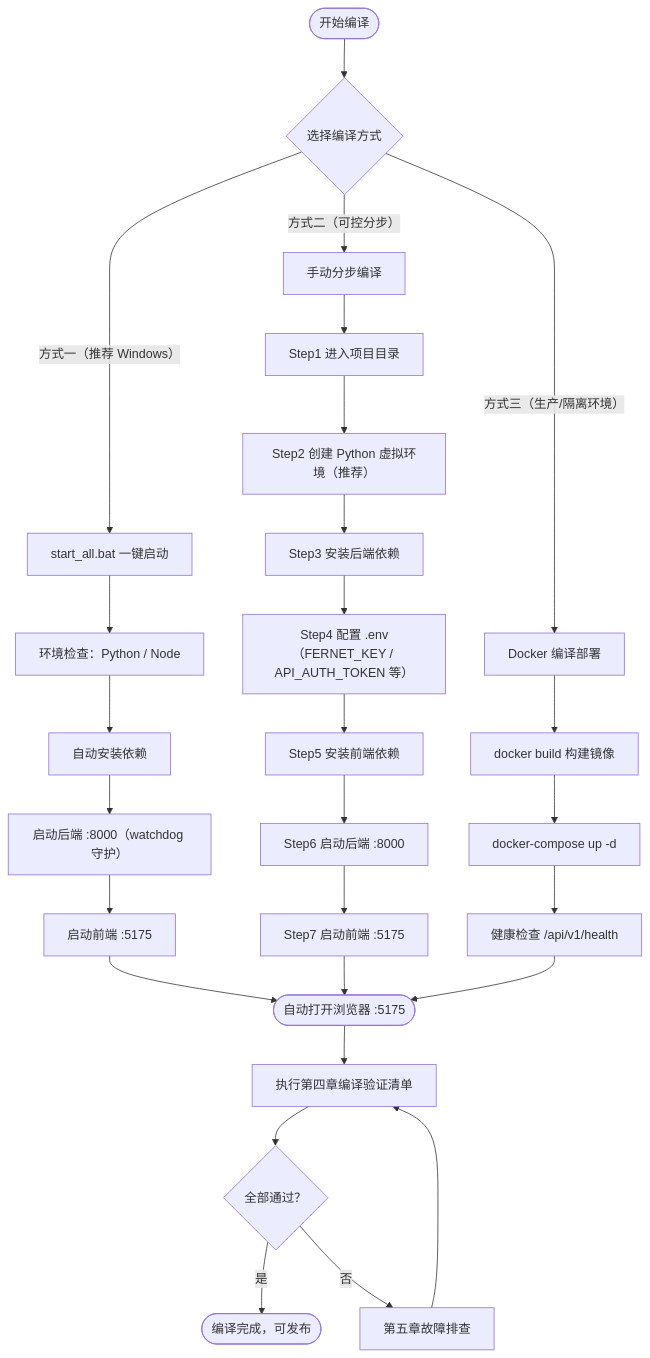
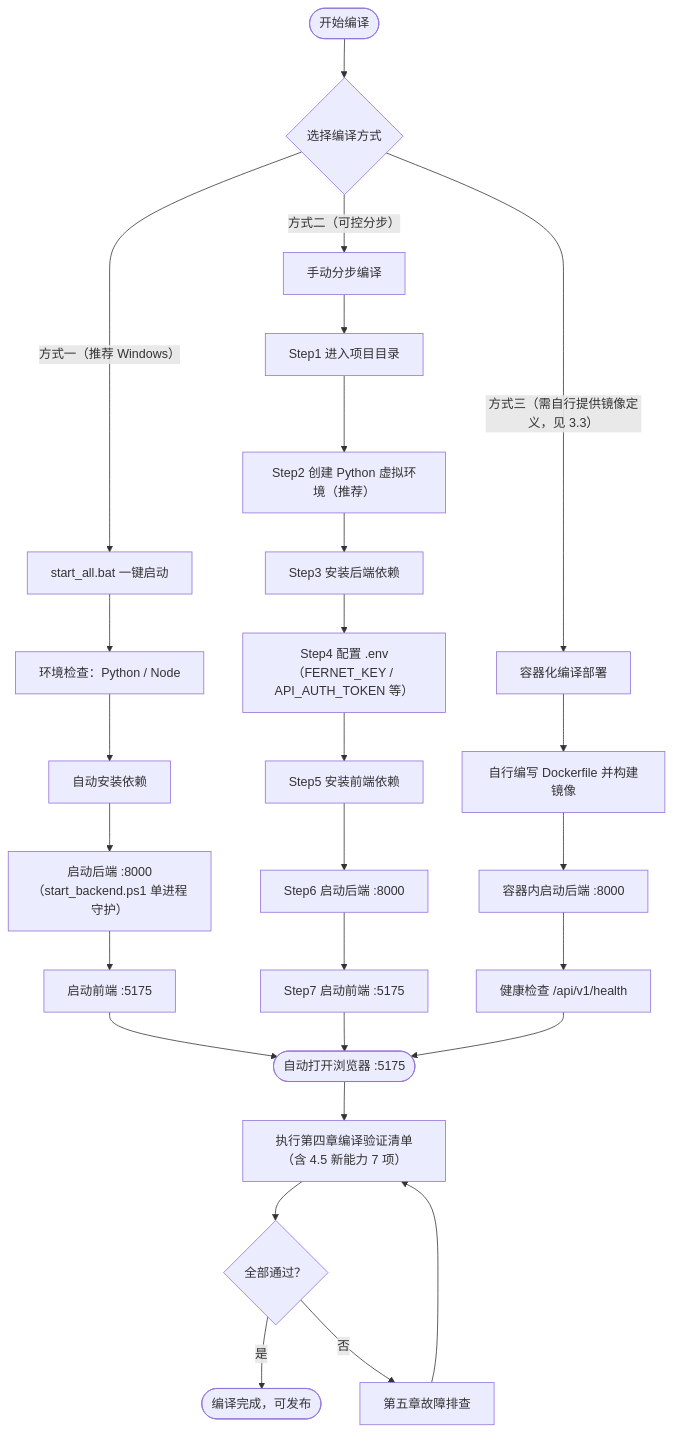
Before and after one commit to he-fei-ai/bidforge-jiangong: the first of 6 diagrams in docs/软件编译计划书.MD, drawn with Mermaid. The commit also changed other lines of this file and 2 other files, not shown here.

First line of the commit message:
docs: 主文档更新至 v5.4，合并 v5.3 图集并对齐 2026-11-09 实测数字

````diff
--- a/docs/软件编译计划书.MD
+++ b/docs/软件编译计划书.MD
@@ -144,29 +189,29 @@
 ```mermaid
 flowchart TD
     A(["开始编译"]) --> B{选择编译方式}
     B -->|"方式一（推荐 Windows）"| C["start_all.bat 一键启动"]
     B -->|"方式二（可控分步）"| D["手动分步编译"]
-    B -->|"方式三（生产/隔离环境）"| E["Docker 编译部署"]
+    B -->|"方式三（需自行提供镜像定义，见 3.3）"| E["容器化编译部署"]
     C --> C1["环境检查：Python / Node"]
     C1 --> C2["自动安装依赖"]
-    C2 --> C3["启动后端 :8000（watchdog 守护）"]
+    C2 --> C3["启动后端 :8000（start_backend.ps1 单进程守护）"]
     C3 --> C4["启动前端 :5175"]
     C4 --> C5(["自动打开浏览器 :5175"])
     D --> D1["Step1 进入项目目录"]
     D1 --> D2["Step2 创建 Python 虚拟环境（推荐）"]
     D2 --> D3["Step3 安装后端依赖"]
     D3 --> D4["Step4 配置 .env（FERNET_KEY / API_AUTH_TOKEN 等）"]
     D4 --> D5["Step5 安装前端依赖"]
     D5 --> D6["Step6 启动后端 :8000"]
     D6 --> D7["Step7 启动前端 :5175"]
     D7 --> C5
-    E --> E1["docker build 构建镜像"]
-    E1 --> E2["docker-compose up -d"]
+    E --> E1["自行编写 Dockerfile 并构建镜像"]
+    E1 --> E2["容器内启动后端 :8000"]
     E2 --> E3["健康检查 /api/v1/health"]
     E3 --> C5
-    C5 --> F["执行第四章编译验证清单"]
+    C5 --> F["执行第四章编译验证清单（含 4.5 新能力 7 项）"]
     F --> G{"全部通过？"}
     G -->|是| H(["编译完成，可发布"])
     G -->|否| I["第五章故障排查"]
     I --> F
 ```
````
